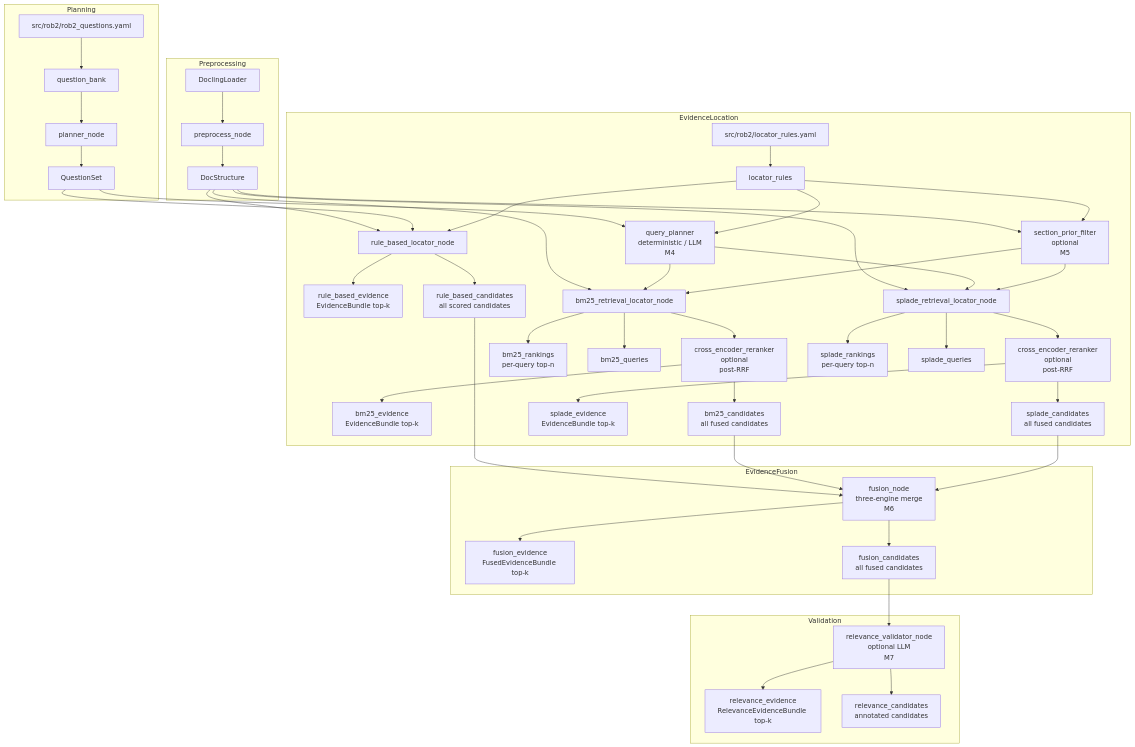
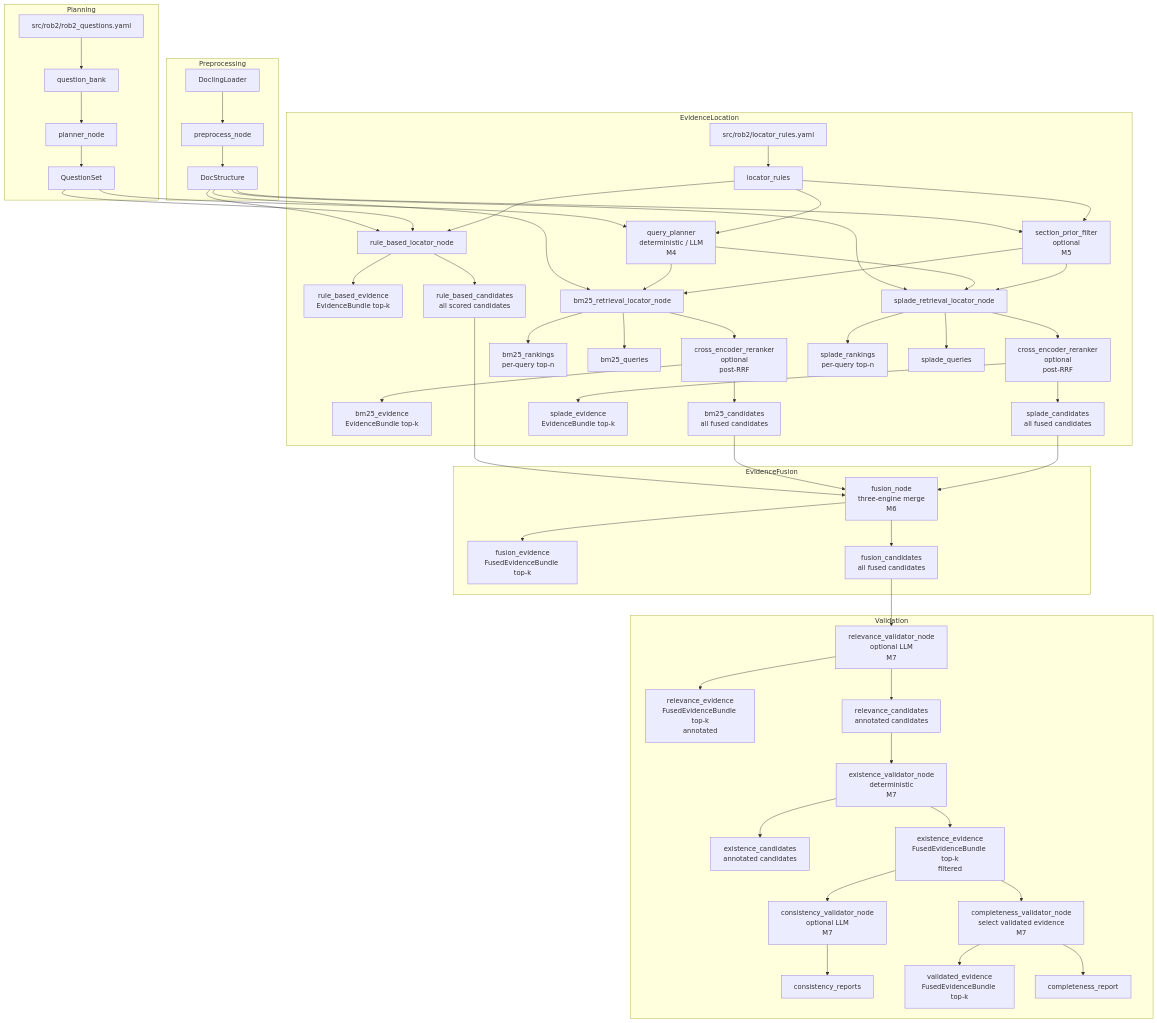
One commit to Younthing/eagent changed the diagram in docs/system-uml.md. Above: the diagram before and after it, drawn with Mermaid. The commit also changed other lines of this file and 20 other files, not shown here.

````diff
--- a/docs/system-uml.md
+++ b/docs/system-uml.md
@@ -3,59 +3,70 @@
 ```mermaid
 flowchart TD
   subgraph Preprocessing
     A[DoclingLoader] --> B[preprocess_node]
     B --> C[DocStructure]
   end
 
   subgraph Planning
     D[src/rob2/rob2_questions.yaml] --> E[question_bank]
     E --> F[planner_node]
     F --> G[QuestionSet]
   end
 
   subgraph EvidenceLocation
     H[src/rob2/locator_rules.yaml] --> I[locator_rules]
     C --> J[rule_based_locator_node]
     G --> J
     I --> J
     J --> K[rule_based_evidence<br/>EvidenceBundle top-k]
     J --> L[rule_based_candidates<br/>all scored candidates]
 
     G --> QP[query_planner<br/>deterministic / LLM<br/>M4]
     I --> QP
 
     C --> M[bm25_retrieval_locator_node]
     QP --> M
     C --> R[section_prior_filter<br/>optional<br/>M5]
     I --> R
     R --> M
     M --> CE1[cross_encoder_reranker<br/>optional<br/>post-RRF]
     CE1 --> N[bm25_evidence<br/>EvidenceBundle top-k]
     CE1 --> O[bm25_candidates<br/>all fused candidates]
     M --> P[bm25_rankings<br/>per-query top-n]
     M --> Q[bm25_queries]
 
     C --> S[splade_retrieval_locator_node]
     QP --> S
     R --> S
     S --> CE2[cross_encoder_reranker<br/>optional<br/>post-RRF]
     CE2 --> T[splade_evidence<br/>EvidenceBundle top-k]
     CE2 --> U[splade_candidates<br/>all fused candidates]
     S --> V[splade_rankings<br/>per-query top-n]
     S --> W[splade_queries]
   end
 
   subgraph EvidenceFusion
     L --> FUS[fusion_node<br/>three-engine merge<br/>M6]
     O --> FUS
     U --> FUS
     FUS --> FE[fusion_evidence<br/>FusedEvidenceBundle top-k]
     FUS --> FC[fusion_candidates<br/>all fused candidates]
   end
 
   subgraph Validation
     FC --> RV[relevance_validator_node<br/>optional LLM<br/>M7]
-    RV --> RE[relevance_evidence<br/>RelevanceEvidenceBundle top-k]
+    RV --> RE[relevance_evidence<br/>FusedEvidenceBundle top-k<br/>annotated]
     RV --> RC[relevance_candidates<br/>annotated candidates]
+
+    RC --> EV[existence_validator_node<br/>deterministic<br/>M7]
+    EV --> EC[existence_candidates<br/>annotated candidates]
+    EV --> EE[existence_evidence<br/>FusedEvidenceBundle top-k<br/>filtered]
+
+    EE --> CV[consistency_validator_node<br/>optional LLM<br/>M7]
+    CV --> CR[consistency_reports]
+
+    EE --> CM[completeness_validator_node<br/>select validated evidence<br/>M7]
+    CM --> VE[validated_evidence<br/>FusedEvidenceBundle top-k]
+    CM --> CP[completeness_report]
   end
 ```
````
